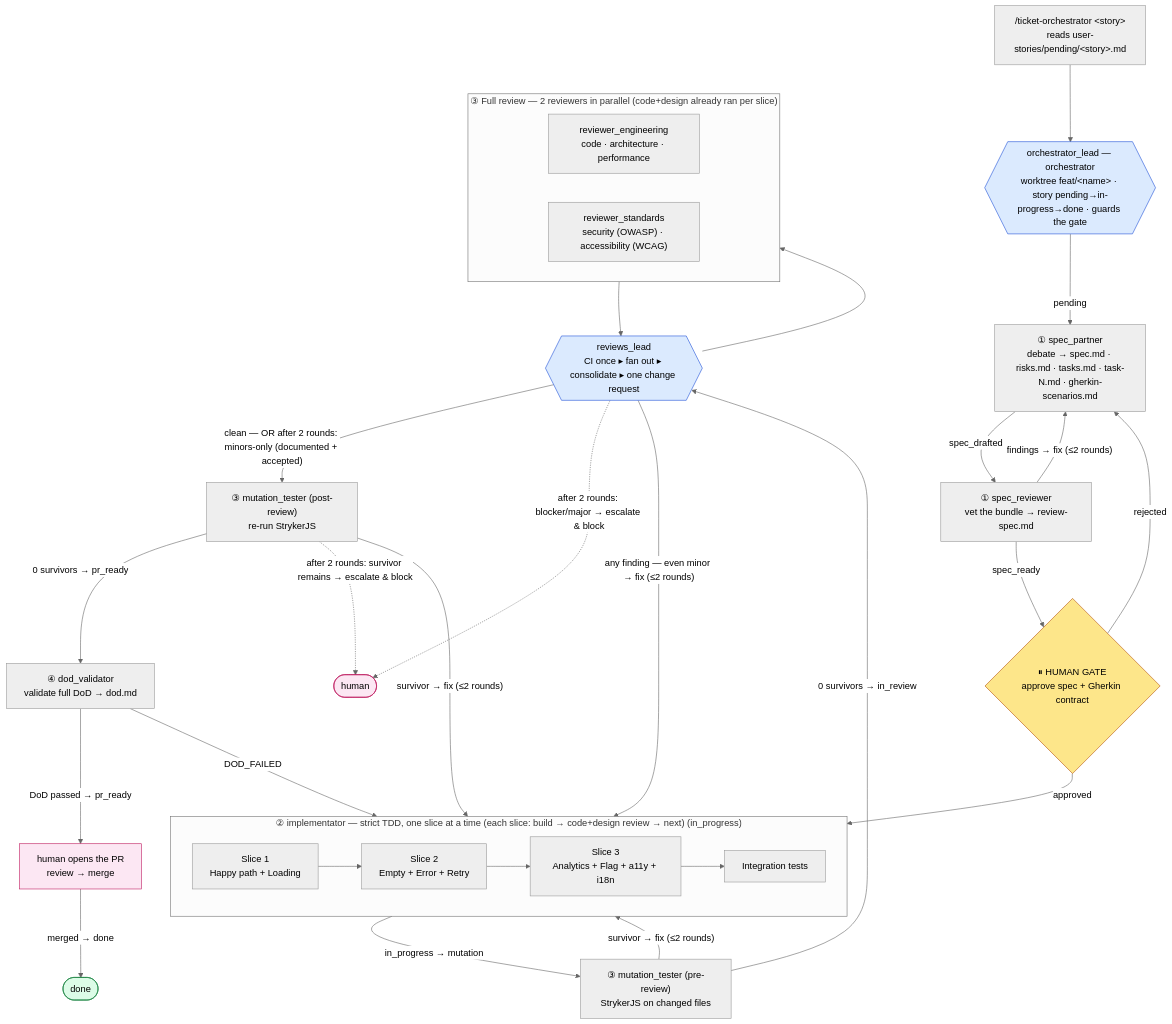
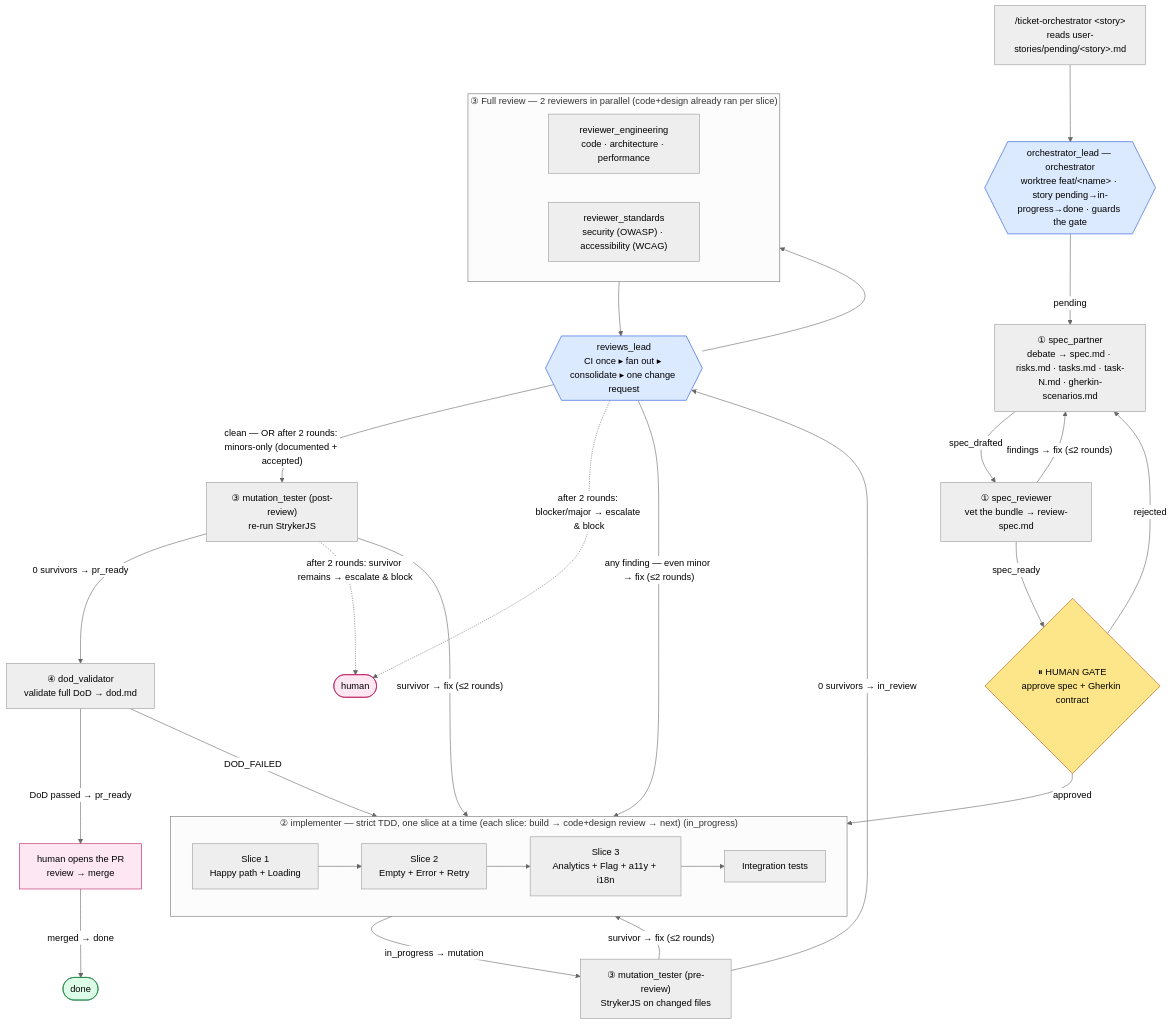
Before and after one commit to LIDR-academy/AI4Devs-finalproject: the diagram in ORCHESTRATOR_PLAN.md, drawn with Mermaid (neutral theme). The commit also changed other lines of this file and 62 other files, not shown here.

First line of the commit message:
chore(agents): rename implementator to implementer

````diff
--- a/ORCHESTRATOR_PLAN.md
+++ b/ORCHESTRATOR_PLAN.md
@@ -166,48 +166,48 @@
 ```mermaid
 flowchart TD
     CLI["/ticket-orchestrator &lt;story&gt;<br/>reads user-stories/pending/&lt;story&gt;.md"] --> LEAD{{"orchestrator_lead — orchestrator<br/>worktree feat/&lt;name&gt; · story pending→in-progress→done · guards the gate"}}
 
     LEAD -->|pending| P1["① spec_partner<br/>debate → spec.md · risks.md · tasks.md · task-N.md · gherkin-scenarios.md"]
     P1 -->|spec_drafted| SR["① spec_reviewer<br/>vet the bundle → review-spec.md"]
     SR -->|"findings → fix (≤2 rounds)"| P1
     SR -->|spec_ready| GATE{"⏸ HUMAN GATE<br/>approve spec + Gherkin contract"}
     GATE -->|rejected| P1
 
     GATE -->|"approved"| P3G
-    subgraph P3G["② implementator — strict TDD, one slice at a time (each slice: build → code+design review → next) (in_progress)"]
+    subgraph P3G["② implementer — strict TDD, one slice at a time (each slice: build → code+design review → next) (in_progress)"]
         direction LR
         S1["Slice 1<br/>Happy path + Loading"] --> S2["Slice 2<br/>Empty + Error + Retry"] --> S3["Slice 3<br/>Analytics + Flag + a11y + i18n"] --> INT["Integration tests"]
     end
 
     P3G -->|"in_progress → mutation"| MUTPRE["③ mutation_tester (pre-review)<br/>StrykerJS on changed files"]
     MUTPRE -->|"survivor → fix (≤2 rounds)"| P3G
     MUTPRE -->|"0 survivors → in_review"| RL
 
     subgraph RV["③ Full review — 2 reviewers in parallel (code+design already ran per slice)"]
         direction LR
         R1["reviewer_engineering<br/>code · architecture · performance"]
         R2["reviewer_standards<br/>security (OWASP) · accessibility (WCAG)"]
     end
     RL{{"reviews_lead<br/>CI once ▸ fan out ▸ consolidate ▸ one change request"}}
     RL --> RV
     RV --> RL
 
     RL -->|"any finding — even minor → fix (≤2 rounds)"| P3G
     RL -->|"clean — OR after 2 rounds: minors-only (documented + accepted)"| MUTPOST["③ mutation_tester (post-review)<br/>re-run StrykerJS"]
     RL -.->|"after 2 rounds: blocker/major → escalate & block"| ESC(["human"])
     MUTPOST -->|"survivor → fix (≤2 rounds)"| P3G
     MUTPOST -->|"0 survivors → pr_ready"| DV["④ dod_validator<br/>validate full DoD → dod.md"]
     MUTPOST -.->|"after 2 rounds: survivor remains → escalate & block"| ESC
     DV -->|DOD_FAILED| P3G
     DV -->|"DoD passed → pr_ready"| HPR["human opens the PR<br/>review → merge"]
     HPR -->|merged → done| DONE(["done"])
 
     classDef gate fill:#fde68a,stroke:#b45309,color:#000;
     classDef lead fill:#dbeafe,stroke:#1d4ed8,color:#000;
     classDef terminal fill:#dcfce7,stroke:#15803d,color:#000;
     classDef human fill:#fce7f3,stroke:#be185d,color:#000;
     class GATE gate;
     class LEAD,RL lead;
     class HPR,ESC human;
     class DONE terminal;
 ```
````
